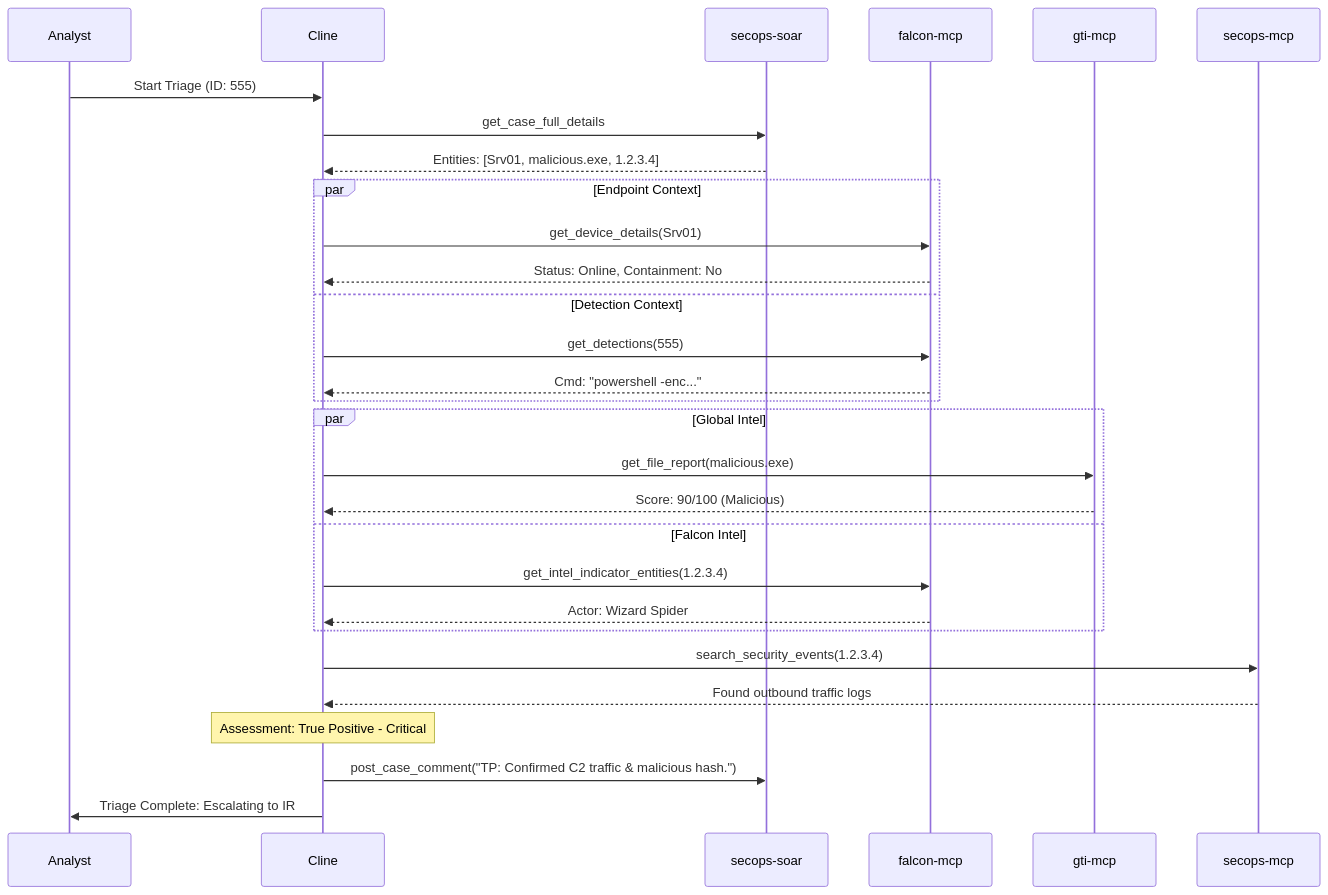
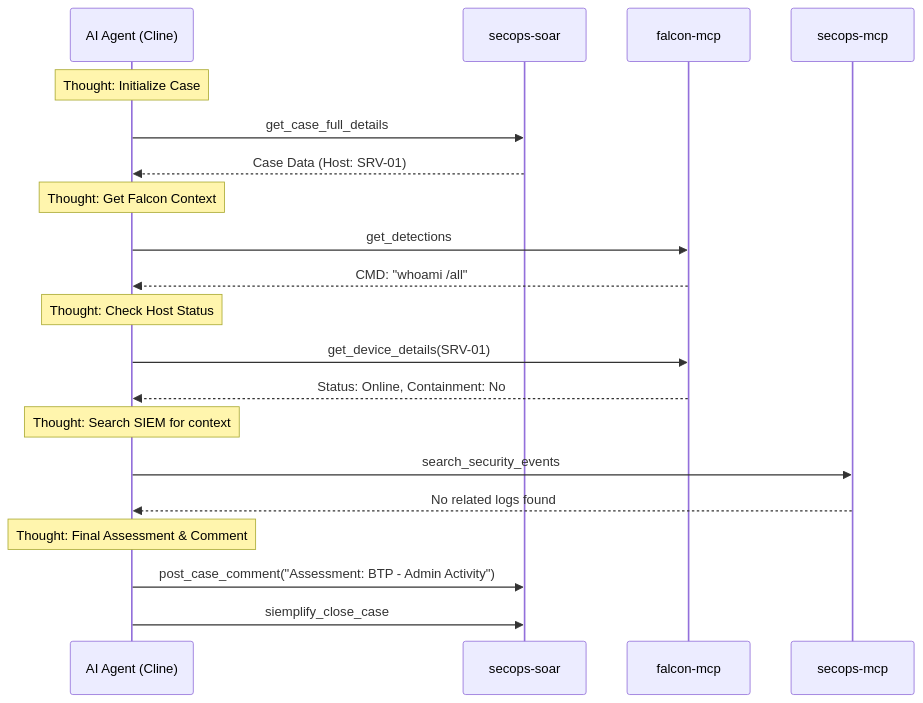
Before and after one commit to saketh-1337/ai-runbook: the diagram in rules_bank/run_books/triage_alerts.md, drawn with Mermaid. The commit also changed other lines of this file, not shown here.

First line of the commit message:
Revise Alert Triage Runbook for GTI Integration

````diff
--- a/rules_bank/run_books/triage_alerts.md
+++ b/rules_bank/run_books/triage_alerts.md
@@ -65,37 +46,27 @@
 ```mermaid
 sequenceDiagram
-    participant Analyst
-    participant Cline
+    participant Agent as AI Agent (Cline)
     participant SOAR as secops-soar
     participant Falcon as falcon-mcp
-    participant GTI as gti-mcp
     participant SIEM as secops-mcp
 
-    Analyst->>Cline: Start Triage (ID: 555)
-    Cline->>SOAR: get_case_full_details
-    SOAR-->>Cline: Entities: [Srv01, malicious.exe, 1.2.3.4]
+    Note over Agent: Thought: Initialize Case
+    Agent->>SOAR: get_case_full_details
+    SOAR-->>Agent: Case Data (Host: SRV-01)
 
-    par Endpoint Context
-        Cline->>Falcon: get_device_details(Srv01)
-        Falcon-->>Cline: Status: Online, Containment: No
-    and Detection Context
-        Cline->>Falcon: get_detections(555)
-        Falcon-->>Cline: Cmd: "powershell -enc..."
-    end
+    Note over Agent: Thought: Get Falcon Context
+    Agent->>Falcon: get_detections
+    Falcon-->>Agent: CMD: "whoami /all"
 
-    par Global Intel
-        Cline->>GTI: get_file_report(malicious.exe)
-        GTI-->>Cline: Score: 90/100 (Malicious)
-    and Falcon Intel
-        Cline->>Falcon: get_intel_indicator_entities(1.2.3.4)
-        Falcon-->>Cline: Actor: Wizard Spider
-    end
+    Note over Agent: Thought: Check Host Status
+    Agent->>Falcon: get_device_details(SRV-01)
+    Falcon-->>Agent: Status: Online, Containment: No
 
-    Cline->>SIEM: search_security_events(1.2.3.4)
-    SIEM-->>Cline: Found outbound traffic logs
+    Note over Agent: Thought: Search SIEM for context
+    Agent->>SIEM: search_security_events
+    SIEM-->>Agent: No related logs found
 
-    Note over Cline: Assessment: True Positive - Critical
-
-    Cline->>SOAR: post_case_comment("TP: Confirmed C2 traffic & malicious hash.")
-    Cline->>Analyst: Triage Complete: Escalating to IR
+    Note over Agent: Thought: Final Assessment & Comment
+    Agent->>SOAR: post_case_comment("Assessment: BTP - Admin Activity")
+    Agent->>SOAR: siemplify_close_case
 ```
````
